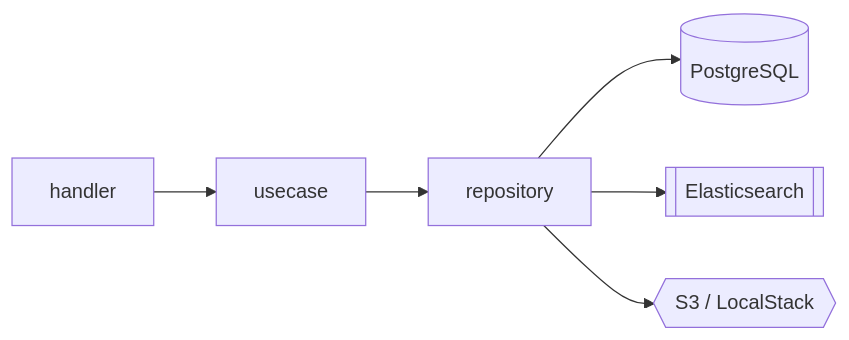
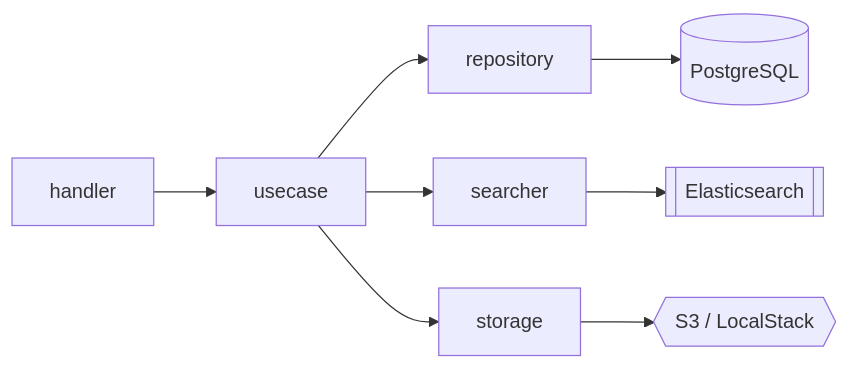
Before and after one commit to seka/reci-pin: the diagram in backend/README.md, drawn with Mermaid. The commit also changed other lines of this file, not shown here.

Commit message:
docs: correct backend architecture diagram to show searcher and storage

````diff
--- a/backend/README.md
+++ b/backend/README.md
@@ -19,8 +19,10 @@
 ```mermaid
 graph LR
     H[handler] --> U[usecase]
     U --> R[repository]
+    U --> S[searcher]
+    U --> ST[storage]
     R --> DB[(PostgreSQL)]
-    R --> ES[[Elasticsearch]]
-    R --> S3{{S3 / LocalStack}}
+    S --> ES[[Elasticsearch]]
+    ST --> S3{{S3 / LocalStack}}
 ```
````
